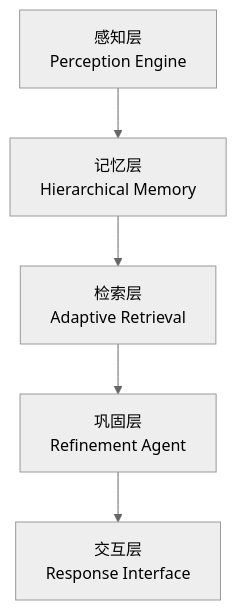
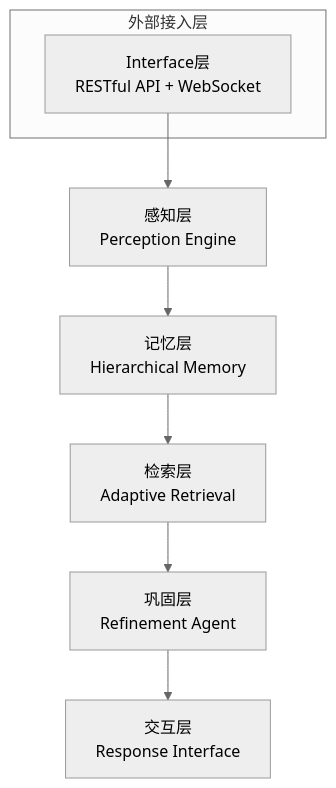
One commit to JieGaoPrinceton/NecoRAG changed the diagram in design/design.md. Above: the diagram before and after it, drawn with Mermaid (neutral theme). The commit also changed other lines of this file and 60 other files, not shown here.

````diff
--- a/design/design.md
+++ b/design/design.md
@@ -595,7 +608,12 @@
 ```mermaid
 graph TB
-    A[感知层<br/>Perception Engine] --> B[记忆层<br/>Hierarchical Memory]
+    subgraph "外部接入层"
+        F[Interface层<br/>RESTful API + WebSocket]
+    end
+    
+    F --> A[感知层<br/>Perception Engine]
+    A --> B[记忆层<br/>Hierarchical Memory]
     B --> C[检索层<br/>Adaptive Retrieval]
     C --> D[巩固层<br/>Refinement Agent]
     D --> E[交互层<br/>Response Interface]
 ```
````
